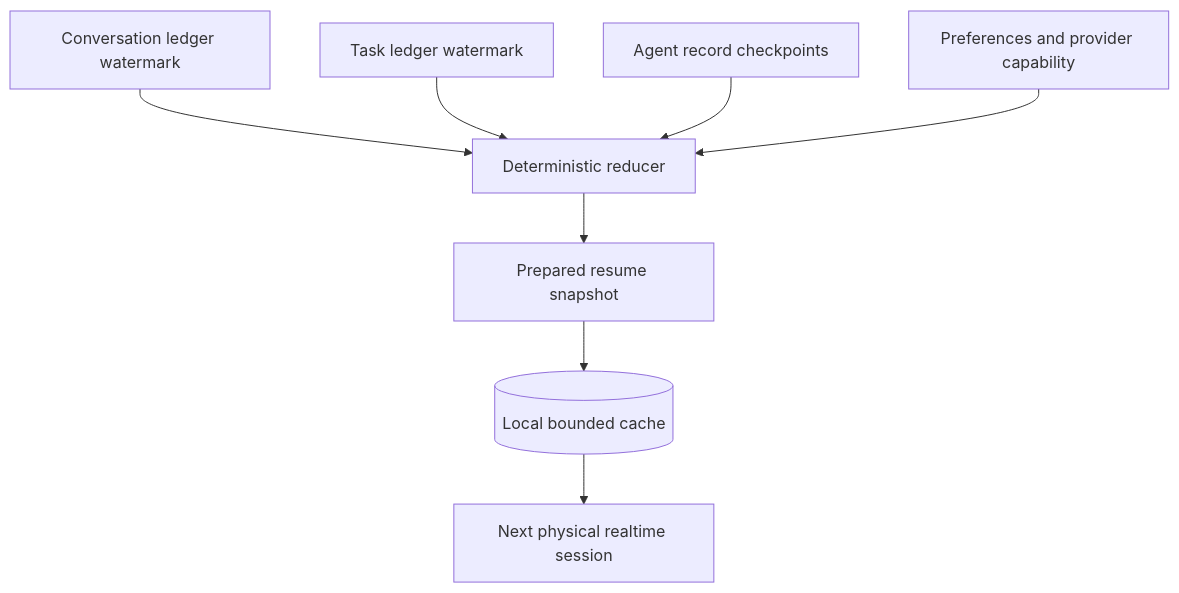
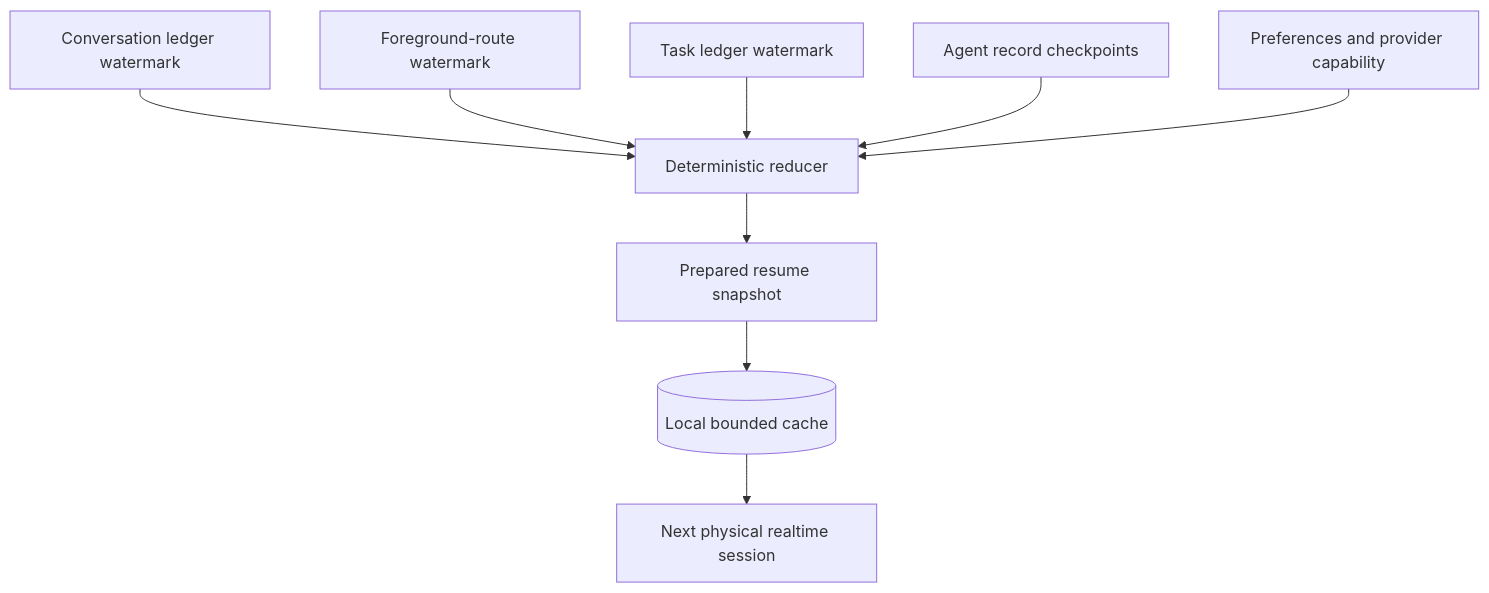
The fourth of 6 diagrams in docs/architecture/voice-agent/context-and-continuity.md (elsondev2/zyra), drawn with Mermaid before and after one commit. The commit also changed other lines of this file and 42 other files, not shown here.

````diff
--- a/docs/architecture/voice-agent/context-and-continuity.md
+++ b/docs/architecture/voice-agent/context-and-continuity.md
@@ -234,10 +252,11 @@
 ```mermaid
 flowchart TD
     CL[Conversation ledger watermark] --> R[Deterministic reducer]
+    FR[Foreground-route watermark] --> R
     TL[Task ledger watermark] --> R
     AR[Agent record checkpoints] --> R
     PR[Preferences and provider capability] --> R
     R --> P[Prepared resume snapshot]
     P --> C[(Local bounded cache)]
     C --> S[Next physical realtime session]
 ```
````
